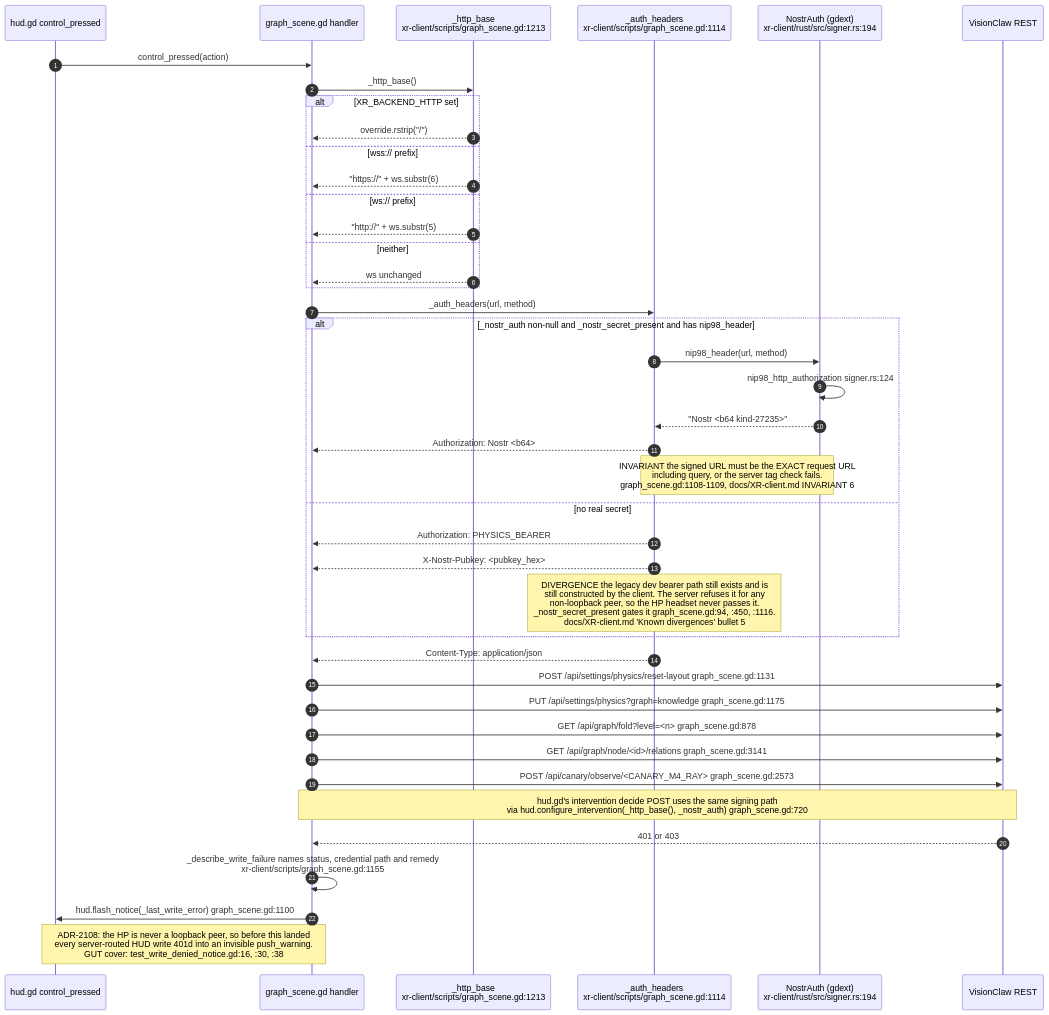
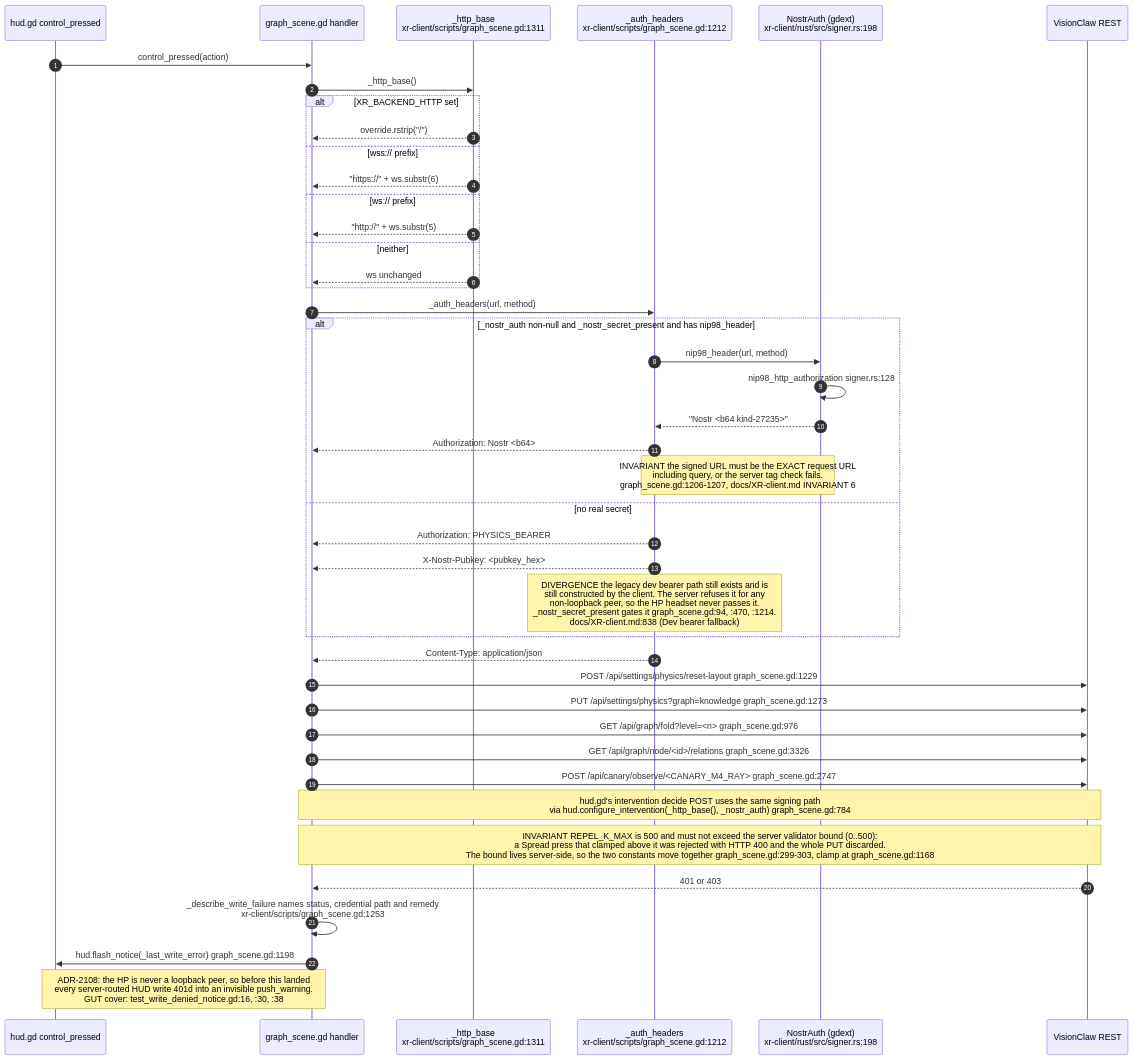
Diagram 11 of 26 in docs/diagrams/visionclaw/36-godot-xr-client.md (DreamLab-AI/VisionFlow), drawn with Mermaid before and after one commit. The commit also changed other lines of this file and 26 other files, not shown here.

First line of the commit message:
docs(diagrams): re-verify solid-pod-rs, nostr-rust-forum and visionclaw 22/36 against HEAD

````diff
--- a/docs/diagrams/visionclaw/36-godot-xr-client.md
+++ b/docs/diagrams/visionclaw/36-godot-xr-client.md
@@ -495,45 +524,46 @@
 ```mermaid
 sequenceDiagram
     autonumber
     participant HD as hud.gd control_pressed
     participant GS as graph_scene.gd handler
-    participant HB as _http_base<br/>xr-client/scripts/graph_scene.gd:1213
-    participant AH as _auth_headers<br/>xr-client/scripts/graph_scene.gd:1114
-    participant NA as NostrAuth (gdext)<br/>xr-client/rust/src/signer.rs:194
+    participant HB as _http_base<br/>xr-client/scripts/graph_scene.gd:1311
+    participant AH as _auth_headers<br/>xr-client/scripts/graph_scene.gd:1212
+    participant NA as NostrAuth (gdext)<br/>xr-client/rust/src/signer.rs:198
     participant SV as VisionClaw REST
 
     HD->>GS: control_pressed(action)
     GS->>HB: _http_base()
     alt XR_BACKEND_HTTP set
         HB-->>GS: override.rstrip("/")
     else wss:// prefix
         HB-->>GS: "https://" + ws.substr(6)
     else ws:// prefix
         HB-->>GS: "http://" + ws.substr(5)
     else neither
         HB-->>GS: ws unchanged
     end
     GS->>AH: _auth_headers(url, method)
     alt _nostr_auth non-null and _nostr_secret_present and has nip98_header
         AH->>NA: nip98_header(url, method)
-        NA->>NA: nip98_http_authorization signer.rs:124
+        NA->>NA: nip98_http_authorization signer.rs:128
         NA-->>AH: "Nostr <b64 kind-27235>"
         AH-->>GS: Authorization: Nostr <b64>
-        Note over AH,NA: INVARIANT the signed URL must be the EXACT request URL<br/>including query, or the server tag check fails.<br/>graph_scene.gd:1108-1109, docs/XR-client.md INVARIANT 6
+        Note over AH,NA: INVARIANT the signed URL must be the EXACT request URL<br/>including query, or the server tag check fails.<br/>graph_scene.gd:1206-1207, docs/XR-client.md INVARIANT 6
     else no real secret
         AH-->>GS: Authorization: PHYSICS_BEARER
         AH-->>GS: X-Nostr-Pubkey: <pubkey_hex>
-        Note over AH: DIVERGENCE the legacy dev bearer path still exists and is<br/>still constructed by the client. The server refuses it for any<br/>non-loopback peer, so the HP headset never passes it.<br/>_nostr_secret_present gates it graph_scene.gd:94, :450, :1116.<br/>docs/XR-client.md 'Known divergences' bullet 5
+        Note over AH: DIVERGENCE the legacy dev bearer path still exists and is<br/>still constructed by the client. The server refuses it for any<br/>non-loopback peer, so the HP headset never passes it.<br/>_nostr_secret_present gates it graph_scene.gd:94, :470, :1214.<br/>docs/XR-client.md:838 (Dev bearer fallback)
     end
     AH-->>GS: Content-Type: application/json
-    GS->>SV: POST /api/settings/physics/reset-layout graph_scene.gd:1131
-    GS->>SV: PUT /api/settings/physics?graph=knowledge graph_scene.gd:1175
-    GS->>SV: GET /api/graph/fold?level=<n> graph_scene.gd:878
-    GS->>SV: GET /api/graph/node/<id>/relations graph_scene.gd:3141
-    GS->>SV: POST /api/canary/observe/<CANARY_M4_RAY> graph_scene.gd:2573
-    Note over GS,SV: hud.gd's intervention decide POST uses the same signing path<br/>via hud.configure_intervention(_http_base(), _nostr_auth) graph_scene.gd:720
+    GS->>SV: POST /api/settings/physics/reset-layout graph_scene.gd:1229
+    GS->>SV: PUT /api/settings/physics?graph=knowledge graph_scene.gd:1273
+    GS->>SV: GET /api/graph/fold?level=<n> graph_scene.gd:976
+    GS->>SV: GET /api/graph/node/<id>/relations graph_scene.gd:3326
+    GS->>SV: POST /api/canary/observe/<CANARY_M4_RAY> graph_scene.gd:2747
+    Note over GS,SV: hud.gd's intervention decide POST uses the same signing path<br/>via hud.configure_intervention(_http_base(), _nostr_auth) graph_scene.gd:784
+    Note over GS,SV: INVARIANT REPEL_K_MAX is 500 and must not exceed the server validator bound (0..500):<br/>a Spread press that clamped above it was rejected with HTTP 400 and the whole PUT discarded.<br/>The bound lives server-side, so the two constants move together graph_scene.gd:299-303, clamp at graph_scene.gd:1168
     SV-->>GS: 401 or 403
-    GS->>GS: _describe_write_failure names status, credential path and remedy<br/>xr-client/scripts/graph_scene.gd:1155
-    GS->>HD: hud.flash_notice(_last_write_error) graph_scene.gd:1100
+    GS->>GS: _describe_write_failure names status, credential path and remedy<br/>xr-client/scripts/graph_scene.gd:1253
+    GS->>HD: hud.flash_notice(_last_write_error) graph_scene.gd:1198
     Note over GS,HD: ADR-2108: the HP is never a loopback peer, so before this landed<br/>every server-routed HUD write 401d into an invisible push_warning.<br/>GUT cover: test_write_denied_notice.gd:16, :30, :38
 ```
````
